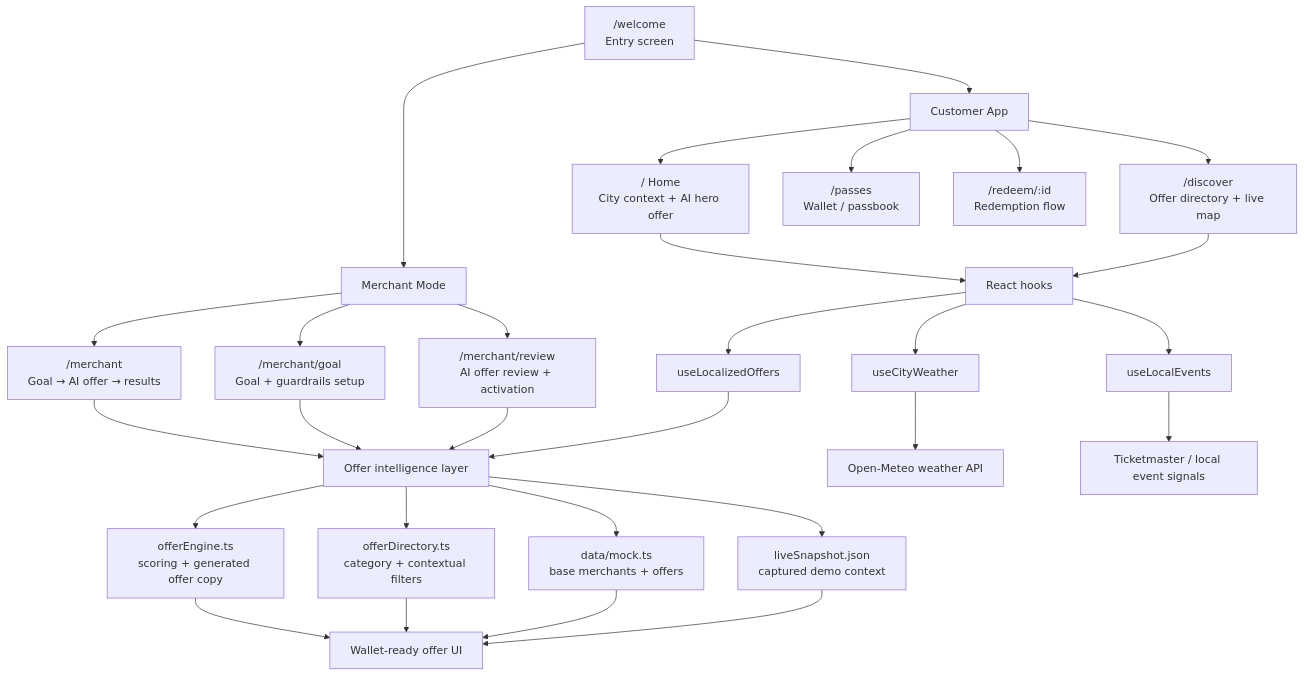
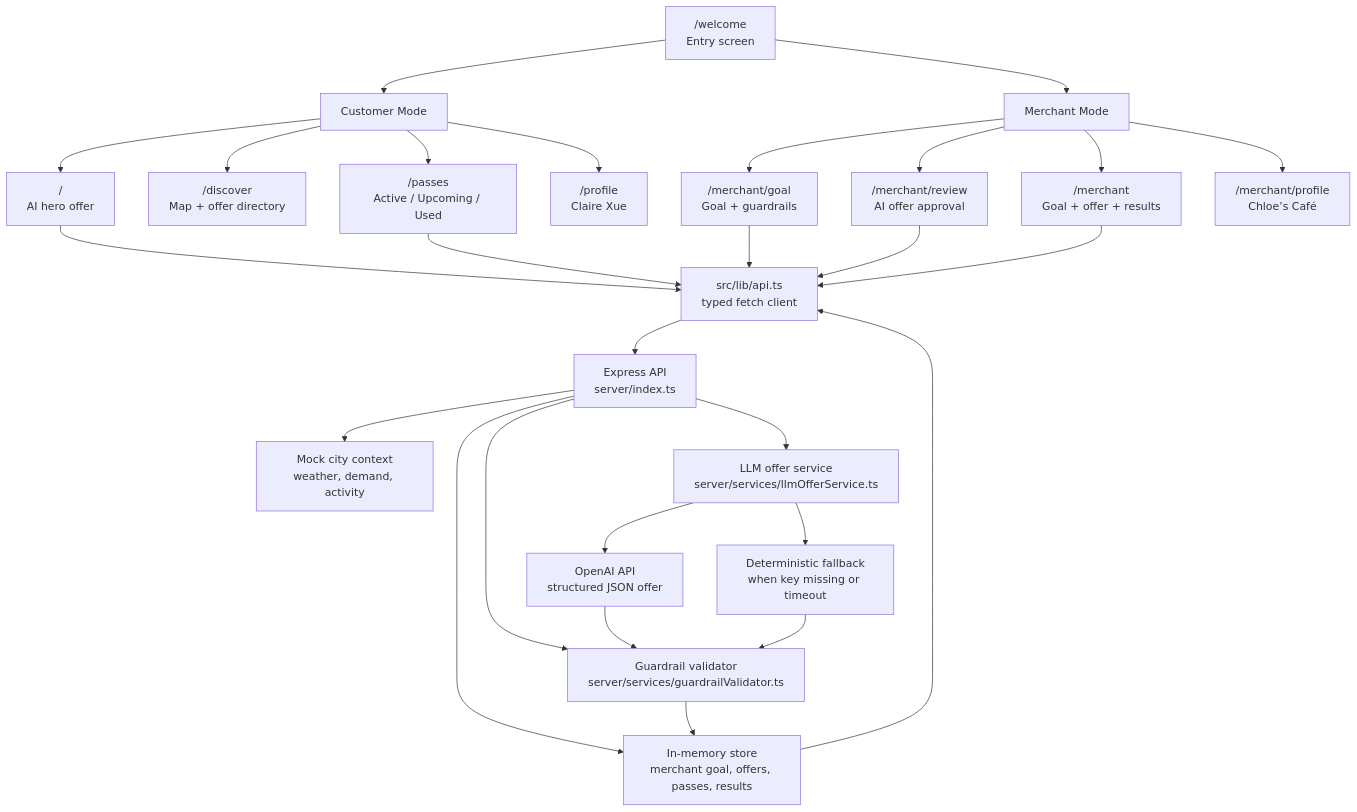
Before and after one commit to huiwenxue122/CityPulse-Wallet: the first of 2 diagrams in README.md, drawn with Mermaid. The commit also changed other lines of this file, not shown here.

First line of the commit message:
Refresh README for end-to-end AI wallet flow

````diff
--- a/README.md
+++ b/README.md
@@ -190,38 +172,36 @@
 ```mermaid
 flowchart TD
-  W["/welcome\nEntry screen"] --> C["Customer App"]
-  W --> M["Merchant Mode"]
+  W["/welcome<br/>Entry screen"] --> Customer["Customer Mode"]
+  W --> Merchant["Merchant Mode"]
 
-  C --> CH["/ Home\nCity context + AI hero offer"]
-  C --> CD["/discover\nOffer directory + live map"]
-  C --> CP["/passes\nWallet / passbook"]
-  C --> CR["/redeem/:id\nRedemption flow"]
+  Customer --> Home["/<br/>AI hero offer"]
+  Customer --> Discover["/discover<br/>Map + offer directory"]
+  Customer --> Passes["/passes<br/>Active / Upcoming / Used"]
+  Customer --> Profile["/profile<br/>Claire Xue"]
 
-  M --> MH["/merchant\nGoal → AI offer → results"]
-  M --> MG["/merchant/goal\nGoal + guardrails setup"]
-  M --> MR["/merchant/review\nAI offer review + activation"]
+  Merchant --> MHome["/merchant<br/>Goal + offer + results"]
+  Merchant --> Goal["/merchant/goal<br/>Goal + guardrails"]
+  Merchant --> Review["/merchant/review<br/>AI offer approval"]
+  Merchant --> MProfile["/merchant/profile<br/>Chloe’s Café"]
 
-  CH --> H["React hooks"]
-  CD --> H
-  MH --> E["Offer intelligence layer"]
-  MG --> E
-  MR --> E
+  Home --> API["src/lib/api.ts<br/>typed fetch client"]
+  Passes --> API
+  Goal --> API
+  Review --> API
+  MHome --> API
 
-  H --> HW["useCityWeather"]
-  H --> HE["useLocalEvents"]
-  H --> HO["useLocalizedOffers"]
+  API --> Express["Express API<br/>server/index.ts"]
 
-  HW --> API1["Open-Meteo weather API"]
-  HE --> API2["Ticketmaster / local event signals"]
-  HO --> E
+  Express --> Store["In-memory store<br/>merchant goal, offers, passes, results"]
+  Express --> Context["Mock city context<br/>weather, demand, activity"]
+  Express --> LLM["LLM offer service<br/>server/services/llmOfferService.ts"]
+  Express --> Guardrails["Guardrail validator<br/>server/services/guardrailValidator.ts"]
 
-  E --> OE["offerEngine.ts\nscoring + generated offer copy"]
-  E --> OD["offerDirectory.ts\ncategory + contextual filters"]
-  E --> D["data/mock.ts\nbase merchants + offers"]
-  E --> S["liveSnapshot.json\ncaptured demo context"]
+  LLM --> OpenAI["OpenAI API<br/>structured JSON offer"]
+  LLM --> Fallback["Deterministic fallback<br/>when key missing or timeout"]
 
-  OE --> UI["Wallet-ready offer UI"]
-  OD --> UI
-  D --> UI
-  S --> UI
+  OpenAI --> Guardrails
+  Fallback --> Guardrails
+  Guardrails --> Store
+  Store --> API
 ```
````
